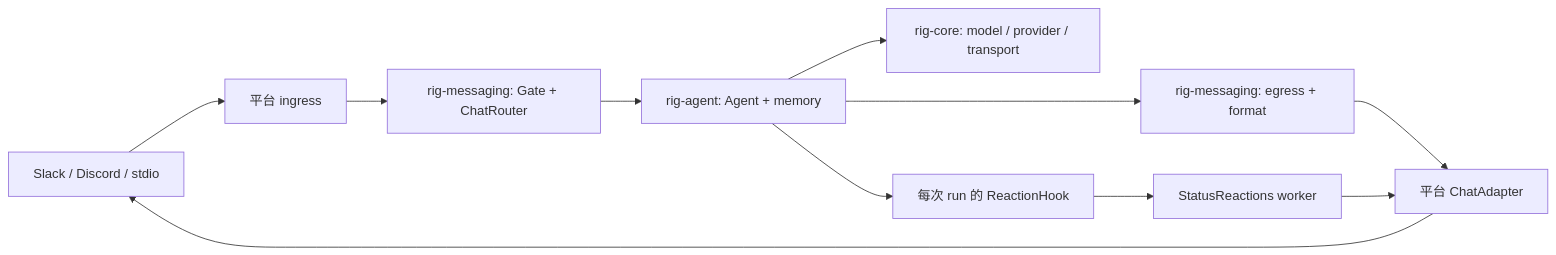
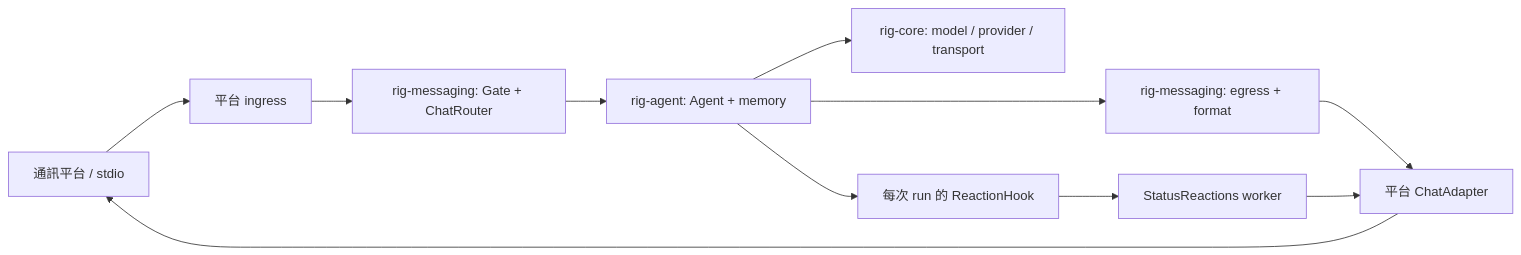
The diagram in crates/rig-messaging/CONTRACT.md (Swind/rig), drawn with Mermaid before and after one commit. The commit also changed other lines of this file and 53 other files, not shown here.

````diff
--- a/crates/rig-messaging/CONTRACT.md
+++ b/crates/rig-messaging/CONTRACT.md
@@ -13,13 +13,13 @@
 ```mermaid
 flowchart LR
-    Platform["Slack / Discord / stdio"] --> Ingress["平台 ingress"]
+    Platform["通訊平台 / stdio"] --> Ingress["平台 ingress"]
     Ingress --> Router["rig-messaging: Gate + ChatRouter"]
     Router --> Agent["rig-agent: Agent + memory"]
     Agent --> Model["rig-core: model / provider / transport"]
     Agent --> Egress["rig-messaging: egress + format"]
     Egress --> Adapter["平台 ChatAdapter"]
     Adapter --> Platform
     Agent --> Hook["每次 run 的 ReactionHook"]
     Hook --> Worker["StatusReactions worker"]
     Worker --> Adapter
 ```
````
